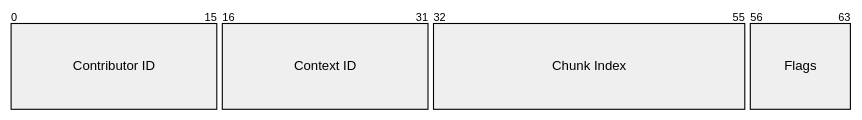
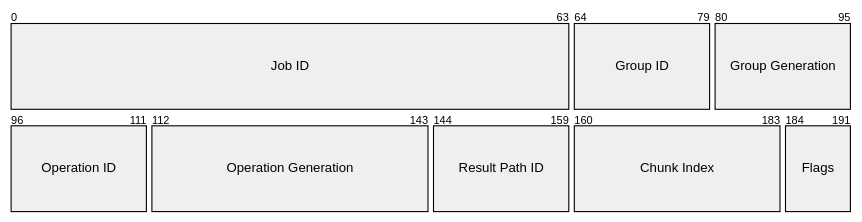
The eighth of 9 diagrams in docs/chapters/3-architecture/protocol.it.md (uniquadev/prism), drawn with Mermaid (neutral theme) before and after one commit. The commit also changed other lines of this file and 30 other files, not shown here.

````diff
--- a/docs/chapters/3-architecture/protocol.it.md
+++ b/docs/chapters/3-architecture/protocol.it.md
@@ -570,8 +469,12 @@
 ```mermaid
-%%{init: {"packet": {"bitsPerRow": 64, "bitWidth": 12, "rowHeight": 78, "showBits": true}} }%%
+%%{init: {"packet": {"bitsPerRow": 96, "bitWidth": 8, "rowHeight": 78, "showBits": true}} }%%
 packet
-    +16: "Contributor ID"
-    +16: "Context ID"
+    +64: "Job ID"
+    +16: "Group ID"
+    +16: "Group Generation"
+    +16: "Operation ID"
+    +32: "Operation Generation"
+    +16: "Result Path ID"
     +24: "Chunk Index"
     +8: "Flags"
 ```
````
